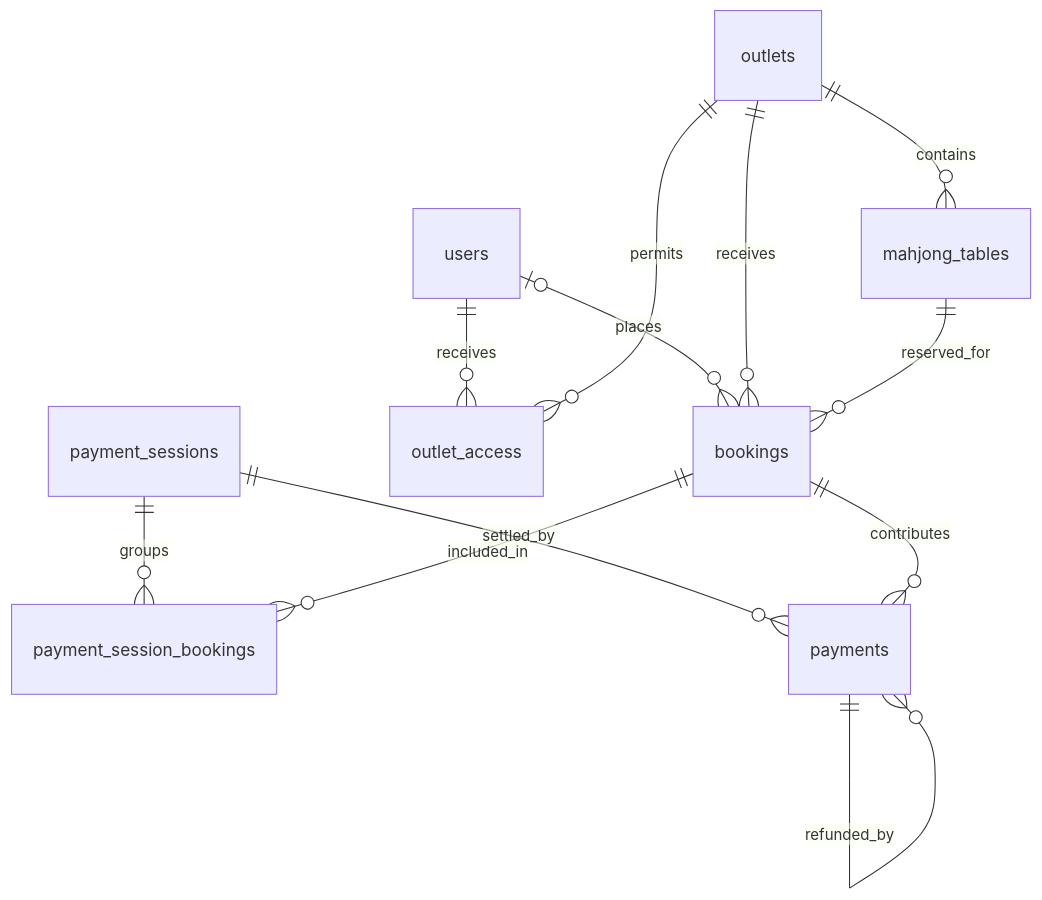
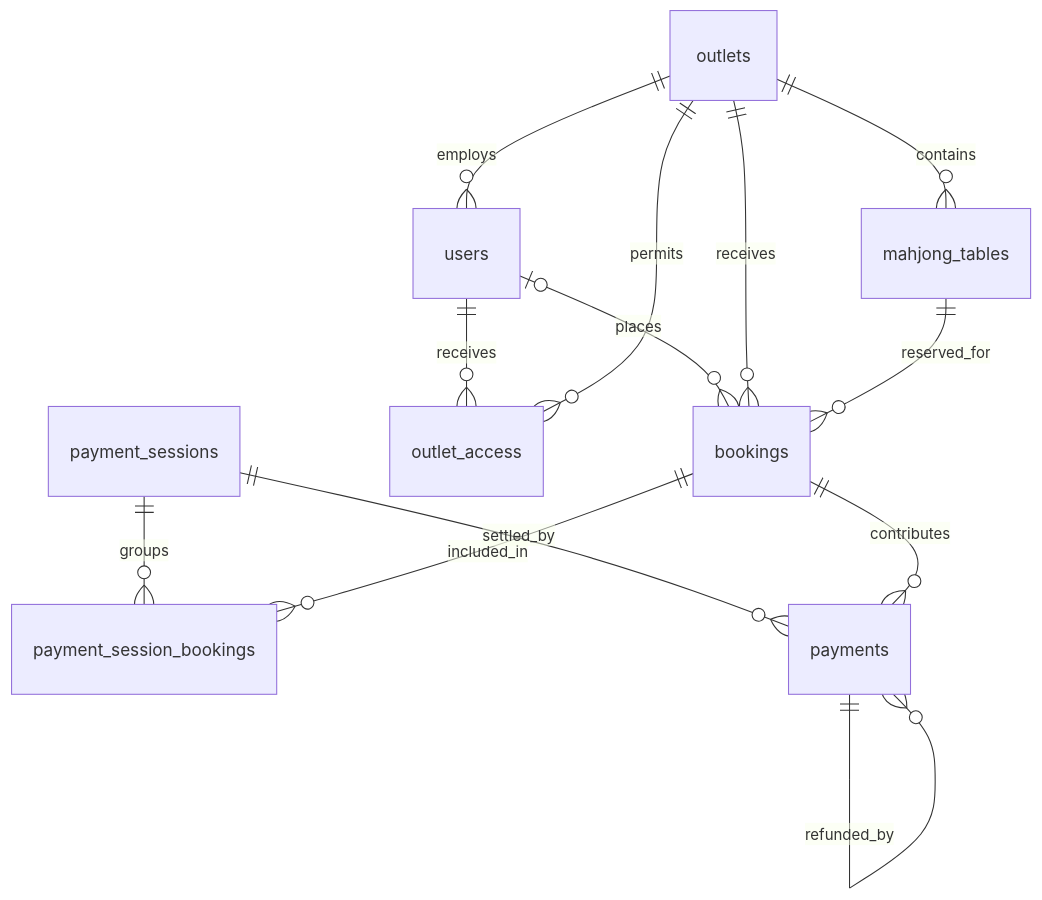
One commit to mahjonghuu/mahjonghu-backend changed the diagram in DATABASE.md. Above: the diagram before and after it, drawn with Mermaid. The commit also changed other lines of this file and 24 other files, not shown here.

````diff
--- a/DATABASE.md
+++ b/DATABASE.md
@@ -9,14 +9,15 @@
 ```mermaid
 erDiagram
   outlets ||--o{ mahjong_tables : contains
+  outlets ||--o{ users : employs
   users |o--o{ bookings : places
   users ||--o{ outlet_access : receives
   outlets ||--o{ outlet_access : permits
   outlets ||--o{ bookings : receives
   mahjong_tables ||--o{ bookings : reserved_for
   payment_sessions ||--o{ payment_session_bookings : groups
   bookings ||--o{ payment_session_bookings : included_in
   payment_sessions ||--o{ payments : settled_by
   bookings ||--o{ payments : contributes
   payments ||--o{ payments : refunded_by
 ```
````
